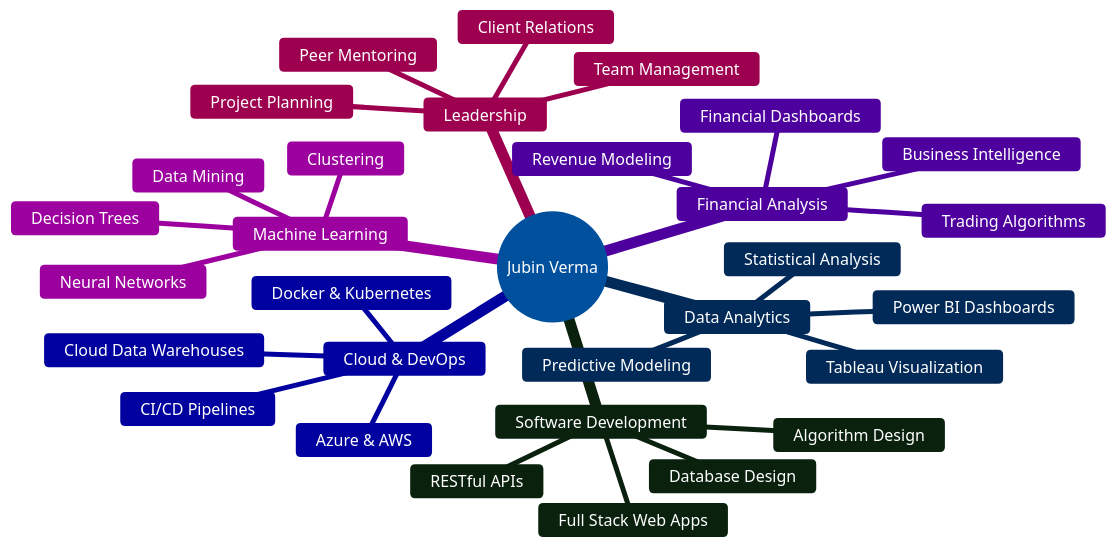
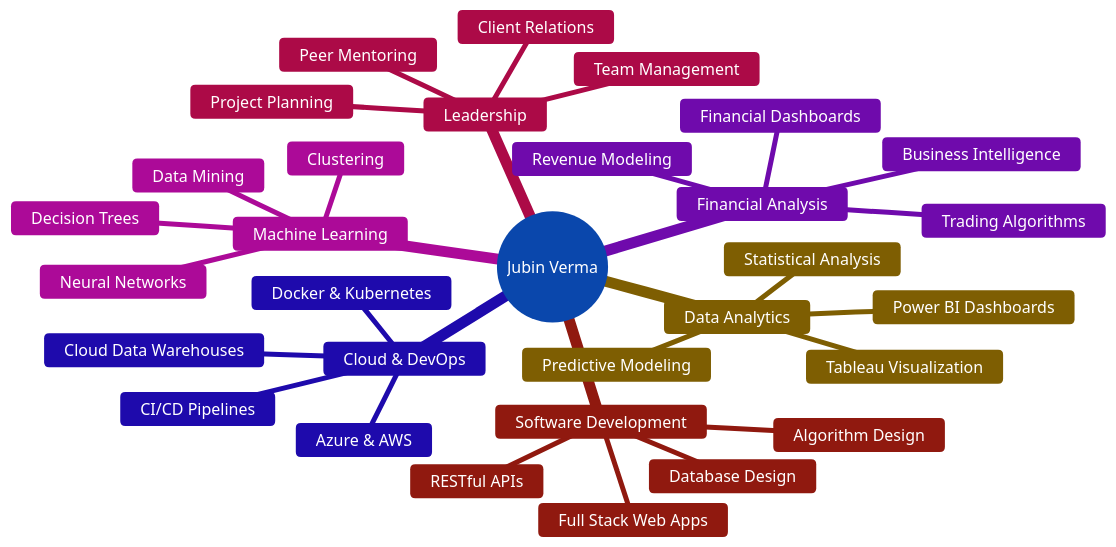
The diagram in README.md (JubinVerma/JubinVerma), drawn with Mermaid before and after one commit. The commit also changed other lines of this file, not shown here.

````diff
--- a/README.md
+++ b/README.md
@@ -364,35 +396,35 @@
 ```mermaid
-%%{init: {'theme':'base', 'themeVariables': { 'primaryColor':'#1e90ff','primaryTextColor':'#fff','primaryBorderColor':'#1e90ff','lineColor':'#58a6ff','secondaryColor':'#0366d6','tertiaryColor':'#238636','fontSize':'16px'}}}%%
+%%{init: {'theme':'base', 'themeVariables': { 'primaryColor':'#4285f4','primaryTextColor':'#fff','primaryBorderColor':'#4285f4','lineColor':'#34a853','secondaryColor':'#fbbc04','tertiaryColor':'#ea4335','noteBkgColor':'#9333ea','noteTextColor':'#fff','fontSize':'16px'}}}%%
 mindmap
   root((Jubin Verma))
     Data Analytics
       Power BI Dashboards
       Tableau Visualization
       Statistical Analysis
       Predictive Modeling
     Software Development
       Full Stack Web Apps
       RESTful APIs
       Database Design
       Algorithm Design
     Cloud & DevOps
       Azure & AWS
       CI/CD Pipelines
       Docker & Kubernetes
       Cloud Data Warehouses
     Financial Analysis
       Trading Algorithms
       Revenue Modeling
       Financial Dashboards
       Business Intelligence
     Machine Learning
       Clustering
       Neural Networks
       Decision Trees
       Data Mining
     Leadership
       Team Management
       Peer Mentoring
       Project Planning
       Client Relations
 ```
````
